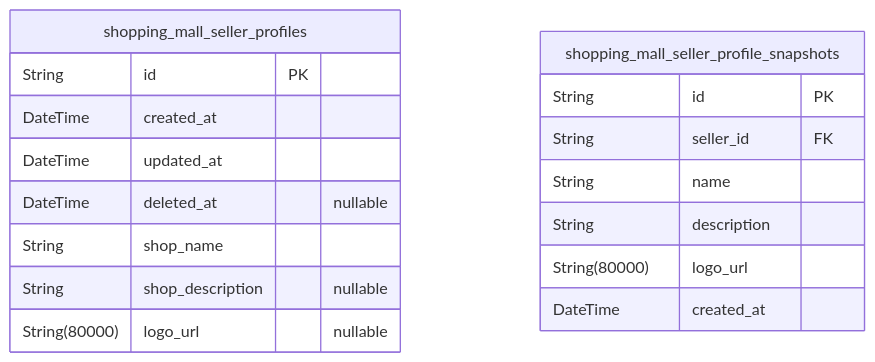
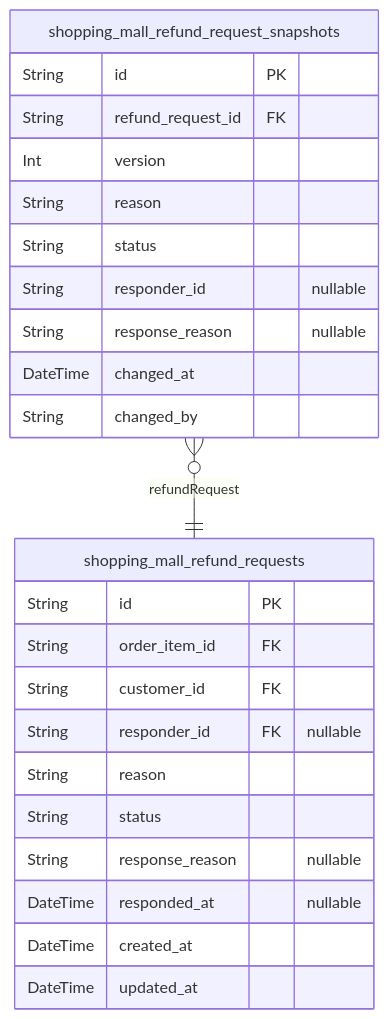
One commit to wrtnlabs/autobe-examples changed the tenth of 10 diagrams in qwen/qwen3-next-80b-a3b-instruct/shopping/docs/ERD.md. Above: the diagram before and after it, drawn with Mermaid. The commit also changed other lines of this file and 25939 other files, not shown here.

````diff
--- a/qwen/qwen3-next-80b-a3b-instruct/shopping/docs/ERD.md
+++ b/qwen/qwen3-next-80b-a3b-instruct/shopping/docs/ERD.md
@@ -1724,20 +1574,27 @@
 ```mermaid
 erDiagram
-"shopping_mall_seller_profiles" {
+"shopping_mall_refund_requests" {
   String id PK
+  String order_item_id FK
+  String customer_id FK
+  String responder_id FK "nullable"
+  String reason
+  String status
+  String response_reason "nullable"
+  DateTime responded_at "nullable"
   DateTime created_at
   DateTime updated_at
-  DateTime deleted_at "nullable"
-  String shop_name
-  String shop_description "nullable"
-  String(80000) logo_url "nullable"
 }
-"shopping_mall_seller_profile_snapshots" {
+"shopping_mall_refund_request_snapshots" {
   String id PK
-  String seller_id FK
-  String name
-  String description
-  String(80000) logo_url
-  DateTime created_at
+  String refund_request_id FK
+  Int version
+  String reason
+  String status
+  String responder_id "nullable"
+  String response_reason "nullable"
+  DateTime changed_at
+  String changed_by
 }
+"shopping_mall_refund_request_snapshots" }o--|| "shopping_mall_refund_requests" : refundRequest
 ```
````
